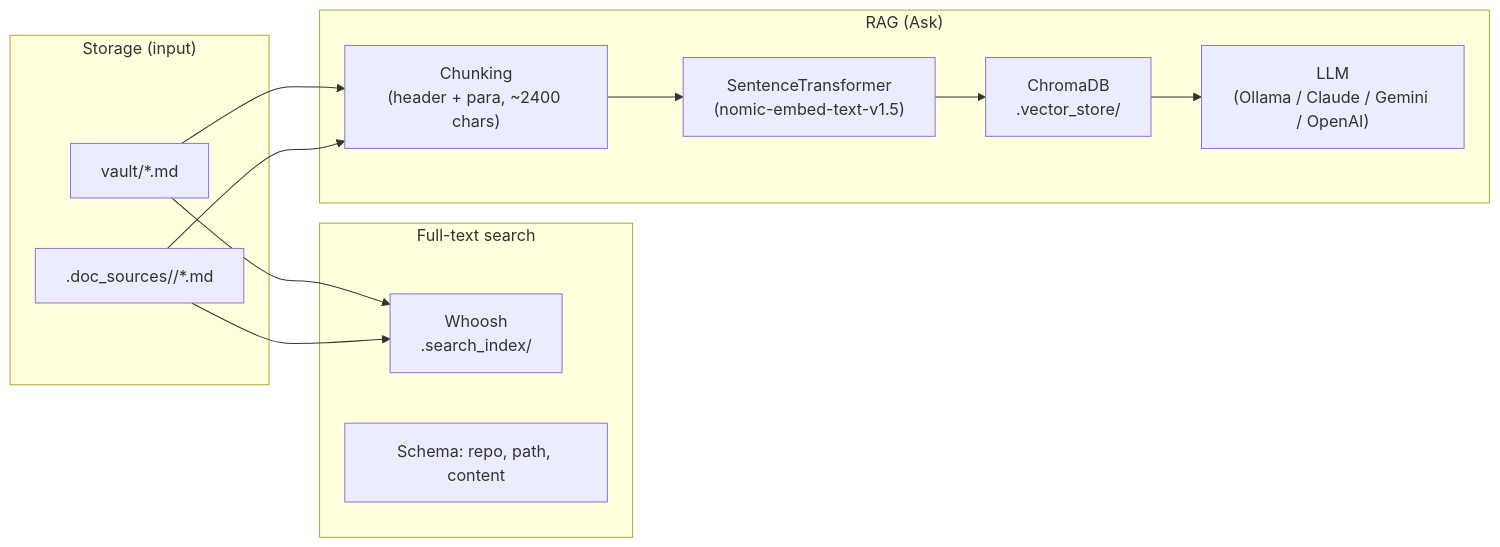
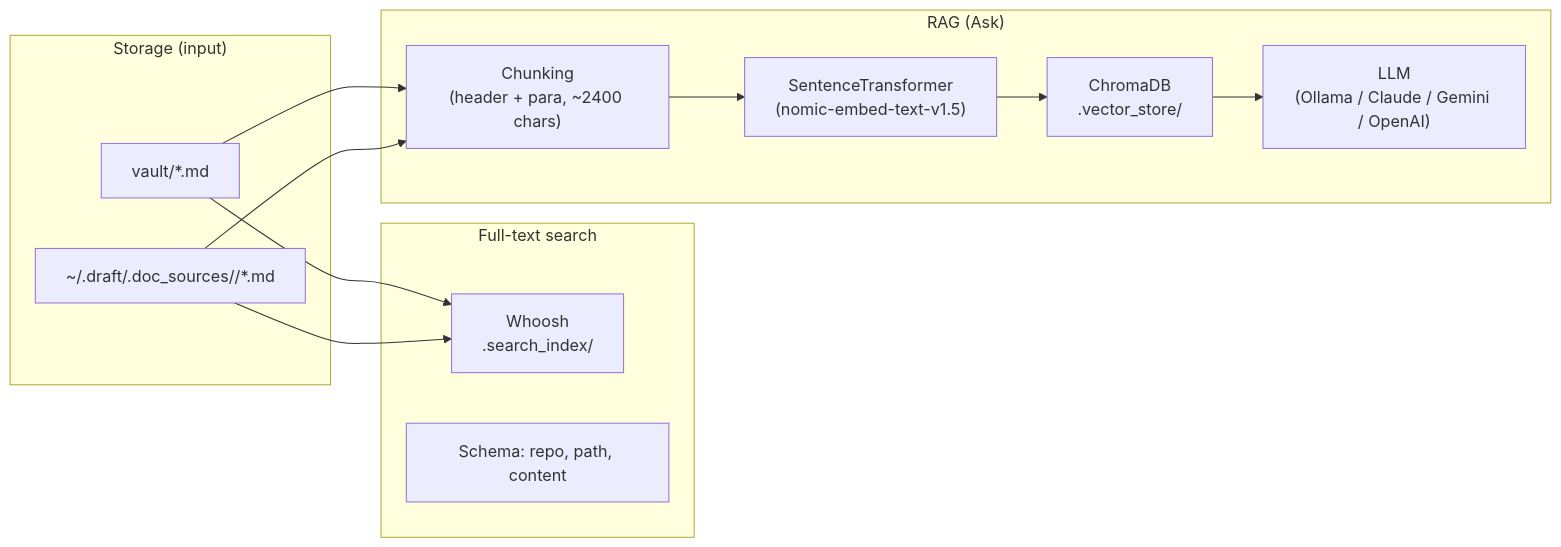
One commit to shanjing/draft changed the diagram in docs/intelligence-layer-design.md. Above: the diagram before and after it, drawn with Mermaid. The commit also changed other lines of this file and 20 other files, not shown here.

````diff
--- a/docs/intelligence-layer-design.md
+++ b/docs/intelligence-layer-design.md
@@ -11,27 +11,27 @@
 ```mermaid
 flowchart LR
   subgraph storage["Storage (input)"]
     vault["vault/*.md"]
-    docs[".doc_sources/<repo>/*.md"]
+    docs["~/.draft/.doc_sources/<repo>/*.md"]
   end
 
   subgraph search["Full-text search"]
     whoosh["Whoosh\n.search_index/"]
     whoosh_schema["Schema: repo, path, content"]
   end
 
   subgraph rag["RAG (Ask)"]
     chunk["Chunking\n(header + para, ~2400 chars)"]
     embed["SentenceTransformer\n(nomic-embed-text-v1.5)"]
     chroma["ChromaDB\n.vector_store/"]
     llm["LLM\n(Ollama / Claude / Gemini / OpenAI)"]
   end
 
   vault --> whoosh
   docs --> whoosh
   vault --> chunk
   docs --> chunk
   chunk --> embed
   embed --> chroma
   chroma --> llm
 ```
````
